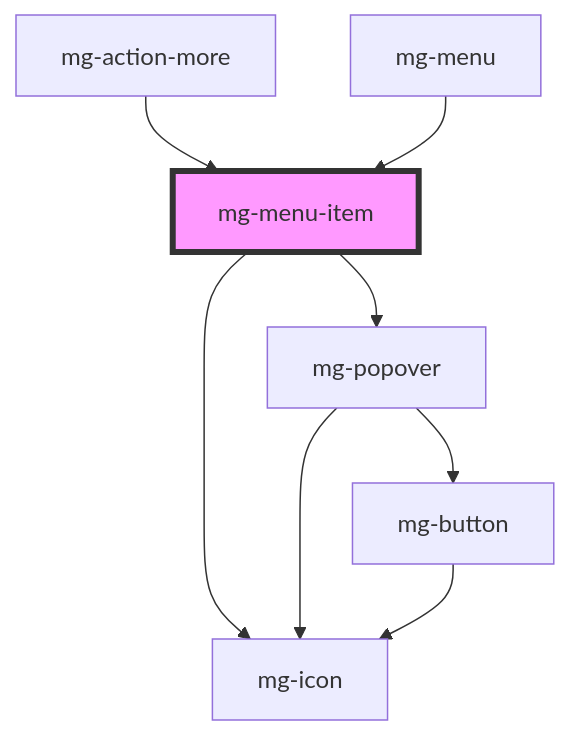
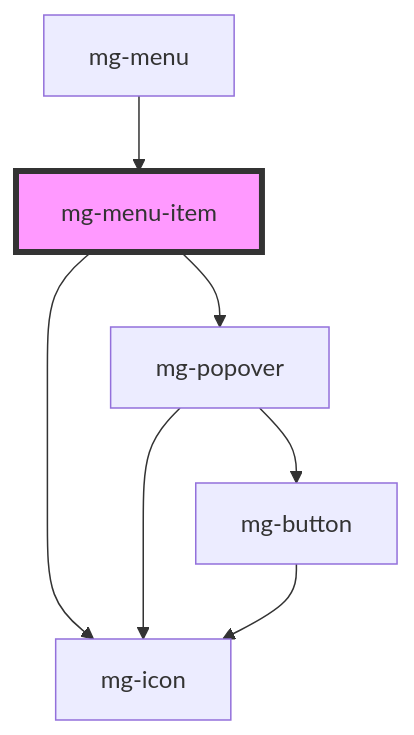
One commit to MGDIS/mg-components changed the diagram in src/components/molecules/menu/mg-menu-item/readme.md. Above: the diagram before and after it, drawn with Mermaid. The commit also changed other lines of this file and 97 other files, not shown here.

First line of the commit message:
feat(mgMenu): implement overflow on mg-menu and move mg-action-more on another mr

````diff
--- a/src/components/molecules/menu/mg-menu-item/readme.md
+++ b/src/components/molecules/menu/mg-menu-item/readme.md
@@ -209,11 +215,10 @@
 ```mermaid
 graph TD;
   mg-menu-item --> mg-icon
   mg-menu-item --> mg-popover
   mg-popover --> mg-button
   mg-popover --> mg-icon
   mg-button --> mg-icon
-  mg-action-more --> mg-menu-item
   mg-menu --> mg-menu-item
   style mg-menu-item fill:#f9f,stroke:#333,stroke-width:4px
 ```
````
